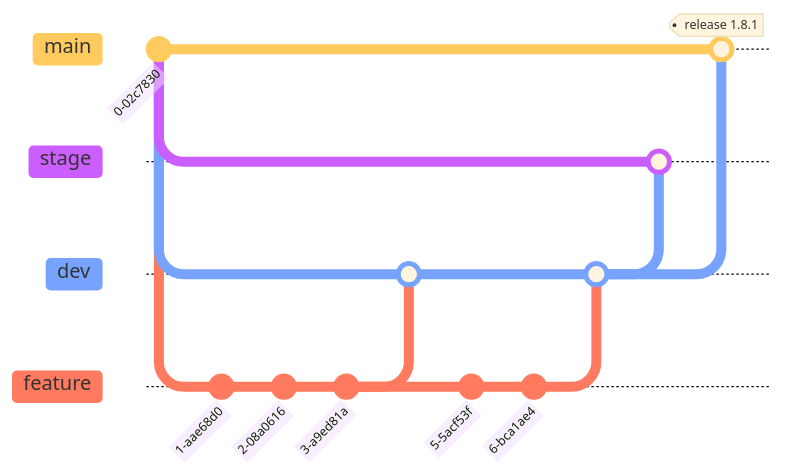
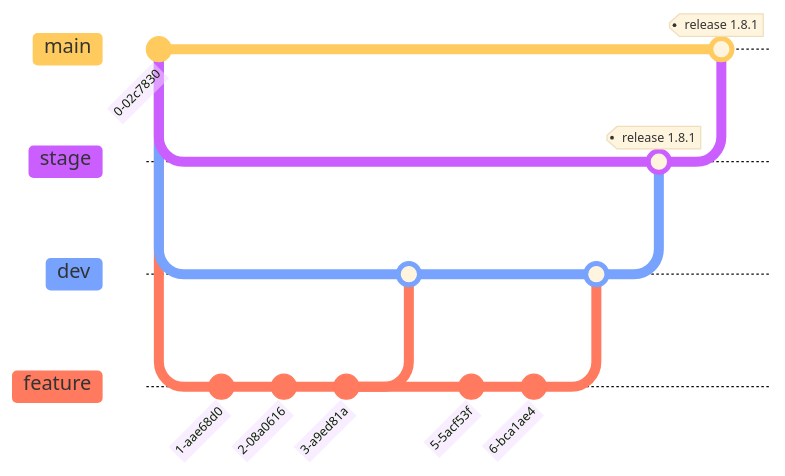
Before and after one commit to V-Gillet/Apollo-Kotlin-QraphQL-Jetpack: the diagram in README.md, drawn with Mermaid. Commit ids are hidden.

Commit message:
mermaid v7

````diff
--- a/README.md
+++ b/README.md
@@ -5,23 +5,23 @@
 ```mermaid
 %%{init: { 'logLevel': 'debug', 'theme': 'base', 'gitGraph': {'showBranches': true, 'showCommitLabel':true}} }%%
       gitGraph
       commit
       branch stage order: 1
       branch dev order: 2
       branch feature order: 3
       commit
       commit
       commit
       checkout dev
       merge feature
       checkout feature
       commit
       commit
       checkout dev
       merge feature
       checkout stage
-      merge dev
+      merge dev tag:"release 1.8.1"
       checkout main
-      merge dev tag:"release 1.8.1"
+      merge stage tag:"release 1.8.1"
 
 ```
````
